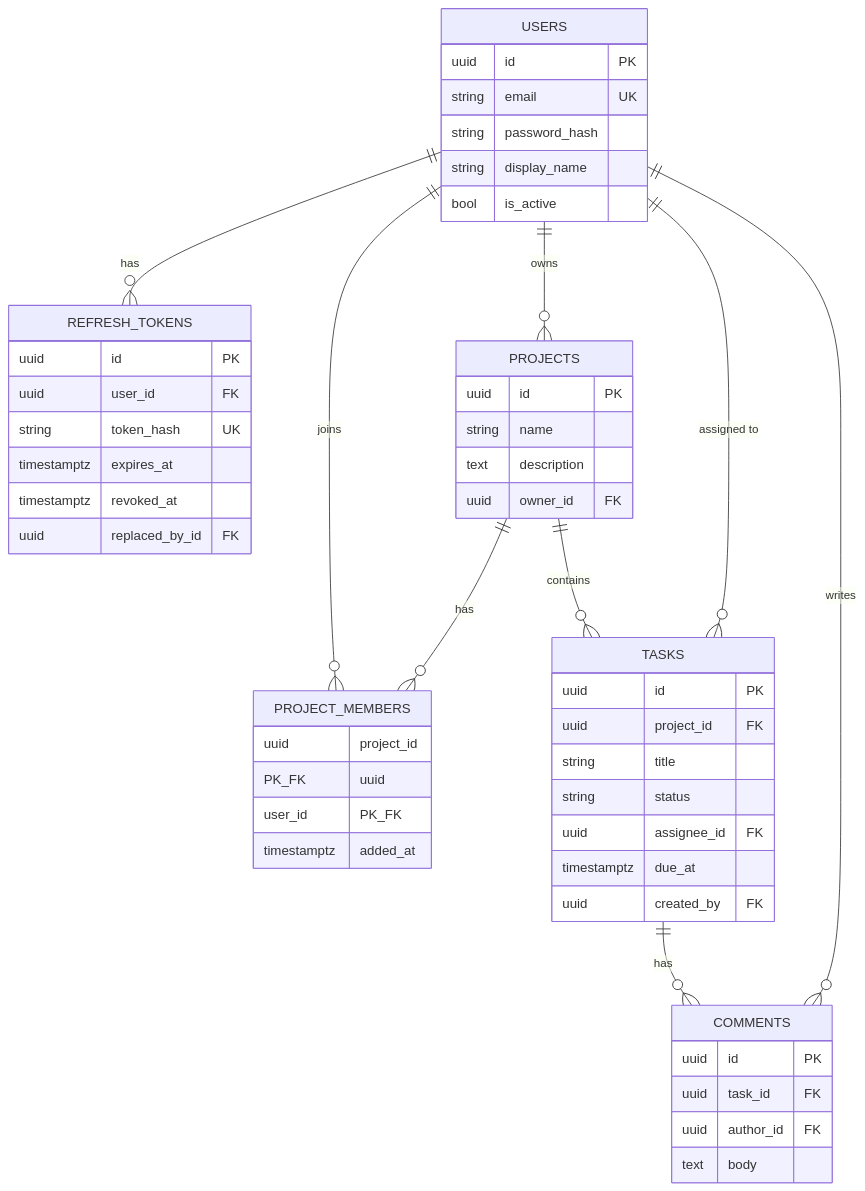
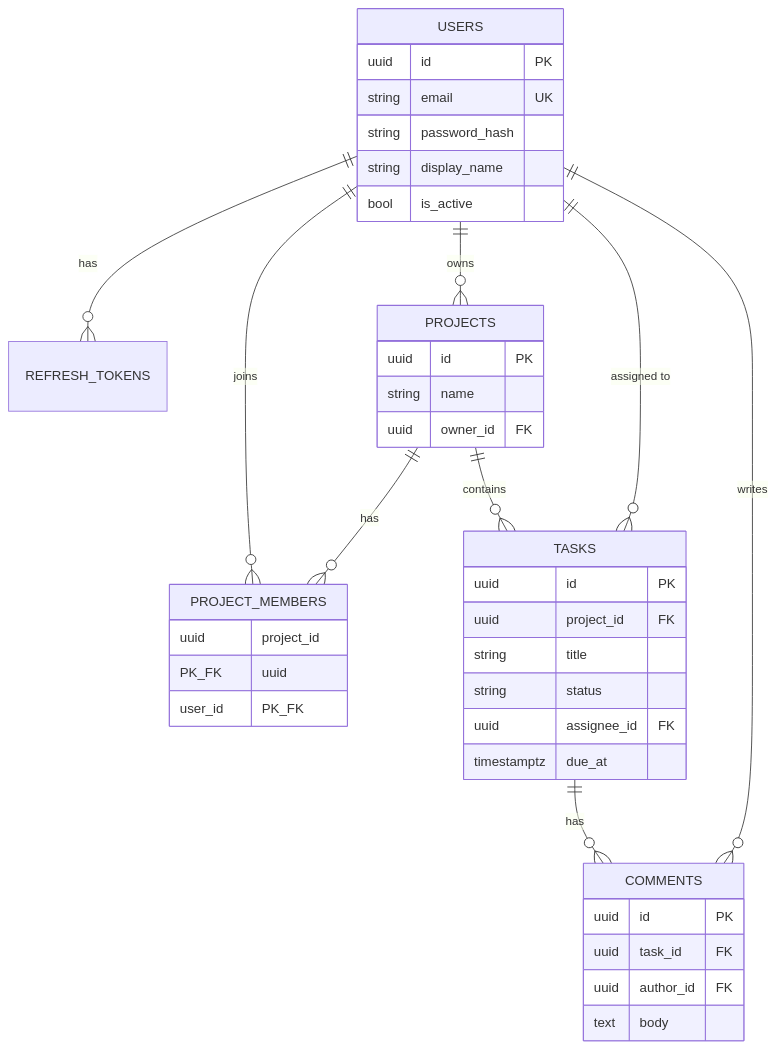
The second of 3 diagrams in README.md (PvPles/taskflow-api), drawn with Mermaid before and after one commit. The commit also changed other lines of this file, not shown here.

````diff
--- a/README.md
+++ b/README.md
@@ -36,52 +170,41 @@
 ```mermaid
 erDiagram
     USERS ||--o{ REFRESH_TOKENS : has
     USERS ||--o{ PROJECTS : owns
     USERS ||--o{ PROJECT_MEMBERS : joins
     PROJECTS ||--o{ PROJECT_MEMBERS : has
     PROJECTS ||--o{ TASKS : contains
     USERS ||--o{ TASKS : "assigned to"
     TASKS ||--o{ COMMENTS : has
     USERS ||--o{ COMMENTS : writes
     USERS {
         uuid id PK
         string email UK
         string password_hash
         string display_name
         bool is_active
     }
-    REFRESH_TOKENS {
-        uuid id PK
-        uuid user_id FK
-        string token_hash UK
-        timestamptz expires_at
-        timestamptz revoked_at
-        uuid replaced_by_id FK
-    }
     PROJECTS {
         uuid id PK
         string name
-        text description
         uuid owner_id FK
     }
     PROJECT_MEMBERS {
         uuid project_id PK_FK
         uuid user_id PK_FK
-        timestamptz added_at
     }
     TASKS {
         uuid id PK
         uuid project_id FK
         string title
         string status
         uuid assignee_id FK
         timestamptz due_at
-        uuid created_by FK
     }
     COMMENTS {
         uuid id PK
         uuid task_id FK
         uuid author_id FK
         text body
     }
 ```
````
